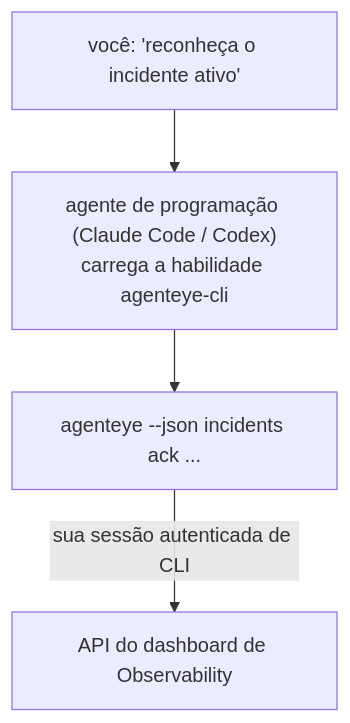
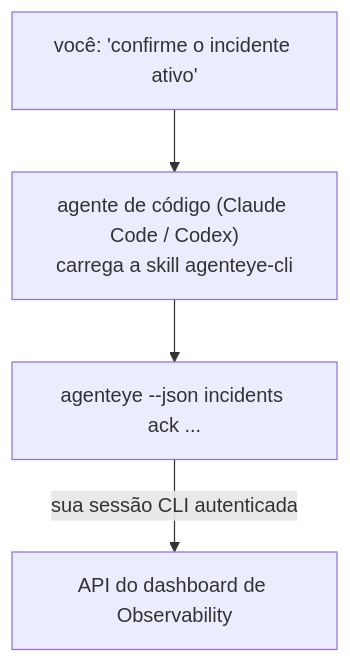
One commit to FailproofAI/failproofai changed the diagram in docs/pt-br/agenteye/cli-skill.mdx. Above: the diagram before and after it, drawn with Mermaid. The commit also changed other lines of this file and 651 other files, not shown here.

````diff
--- a/docs/pt-br/agenteye/cli-skill.mdx
+++ b/docs/pt-br/agenteye/cli-skill.mdx
@@ -28,6 +28,6 @@
 ```mermaid
 flowchart TD
-    YOU["você: 'reconheça o incidente ativo'"] --> AGENT["agente de programação (Claude Code / Codex)<br/>carrega a habilidade agenteye-cli"]
+    YOU["você: 'confirme o incidente ativo'"] --> AGENT["agente de código (Claude Code / Codex)<br/>carrega a skill agenteye-cli"]
     AGENT --> CLI["agenteye --json incidents ack ..."]
-    CLI -->|sua sessão autenticada de CLI| API["API do dashboard de Observability"]
+    CLI -->|sua sessão CLI autenticada| API["API do dashboard de Observability"]
 ```
````
